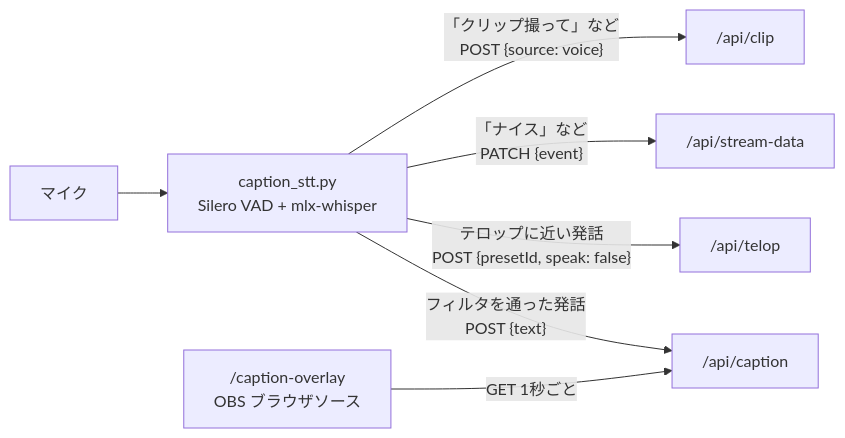
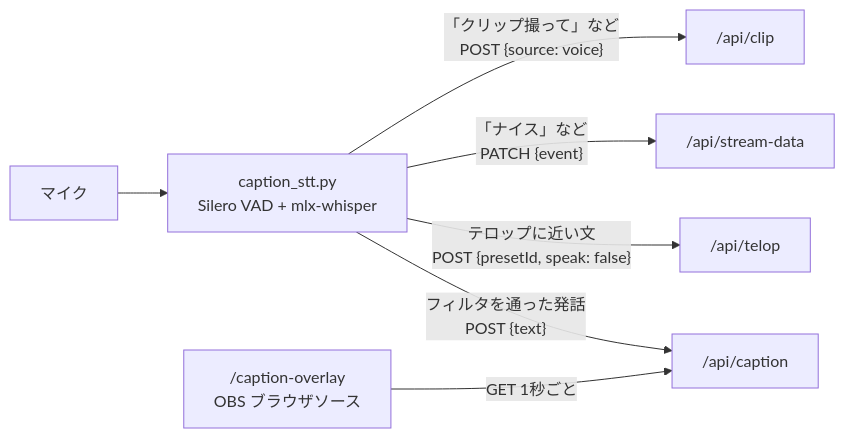
Before and after one commit to eddie-splatoon/splatoon-point-counter: the first of 3 diagrams in README.md, drawn with Mermaid. The commit also changed other lines of this file and 15 other files, not shown here.

````diff
--- a/README.md
+++ b/README.md
@@ -60,9 +60,9 @@
 ```mermaid
 flowchart LR
     Mic[マイク] --> STT["caption_stt.py<br/>Silero VAD + mlx-whisper"]
     STT -- "フィルタを通った発話<br/>POST {text}" --> API["/api/caption"]
-    STT -- "テロップに近い発話<br/>POST {presetId, speak: false}" --> TELOP["/api/telop"]
+    STT -- "テロップに近い文<br/>POST {presetId, speak: false}" --> TELOP["/api/telop"]
     STT -- "「ナイス」など<br/>PATCH {event}" --> SD["/api/stream-data"]
     STT -- "「クリップ撮って」など<br/>POST {source: voice}" --> CLIP["/api/clip"]
     OVL["/caption-overlay<br/>OBS ブラウザソース"] -- "GET 1秒ごと" --> API
 ```
````
